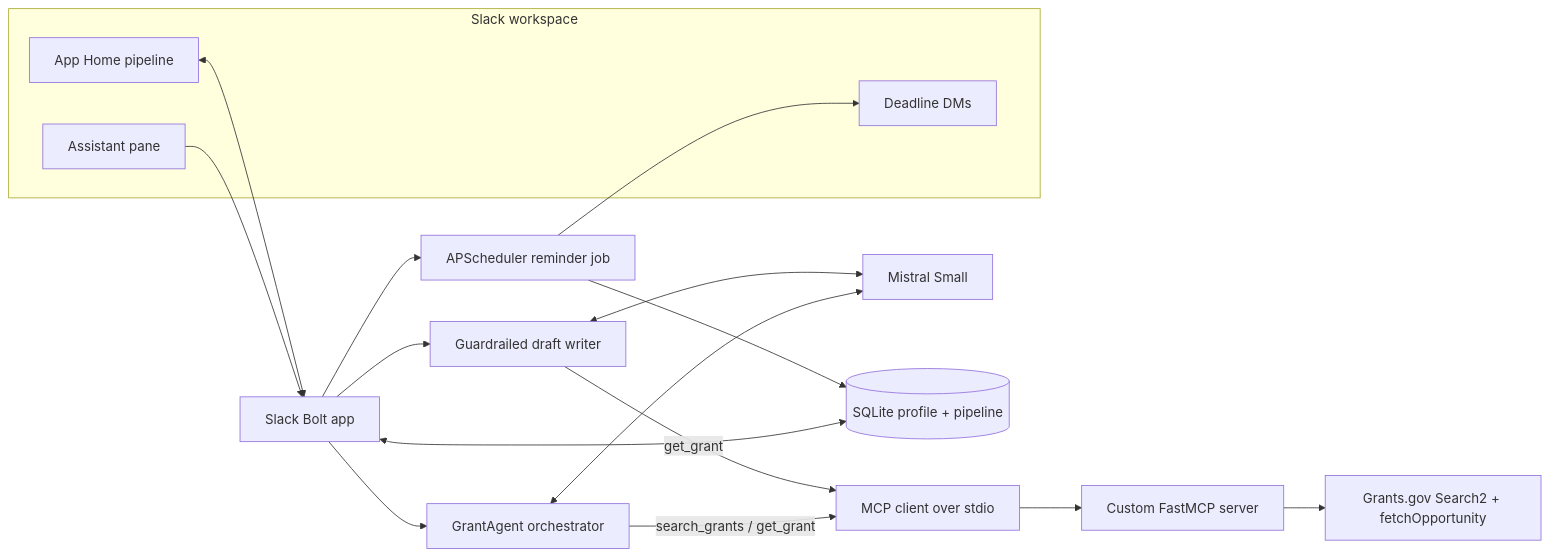
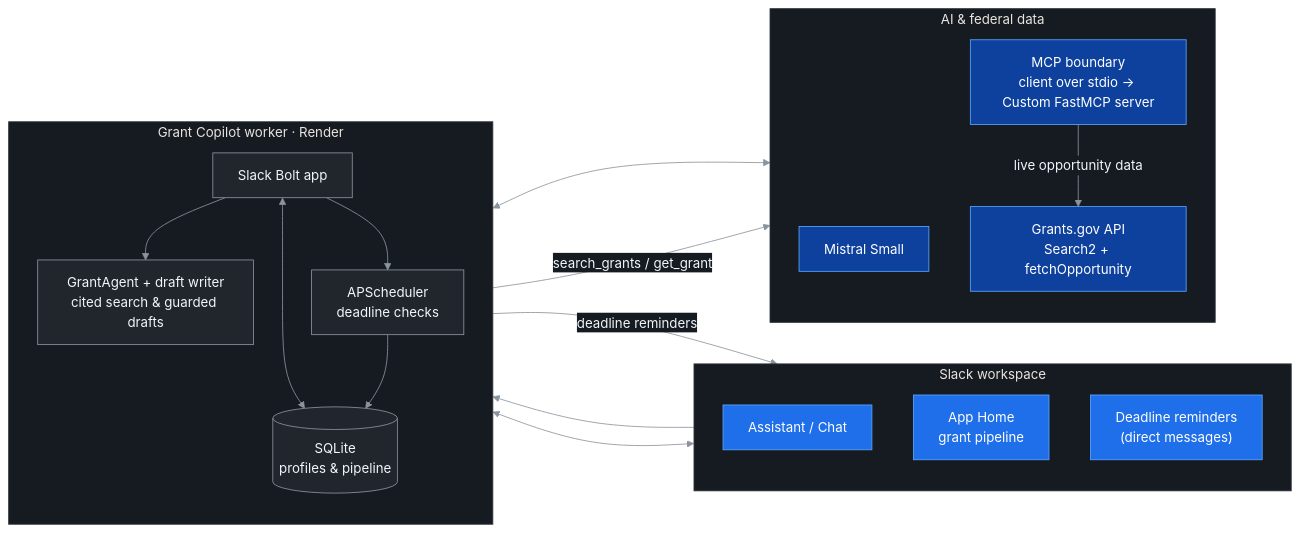
The diagram in README.md (Mounir1200/Grant-Copilot), drawn with Mermaid before and after one commit.

Commit message:
chore: refine architecture diagram

````diff
--- a/README.md
+++ b/README.md
@@ -24,34 +24,43 @@
 ```mermaid
+%%{init: {"theme": "base", "themeVariables": {"background": "#0d1117", "primaryColor": "#21262d", "primaryTextColor": "#f0f6fc", "primaryBorderColor": "#58a6ff", "lineColor": "#8b949e", "secondaryColor": "#161b22", "tertiaryColor": "#161b22", "clusterBkg": "#161b22", "clusterBorder": "#30363d", "fontFamily": "Arial"}}}%%
 flowchart LR
     subgraph Slack["Slack workspace"]
-        Assistant["Assistant pane"]
-        Home["App Home pipeline"]
-        DMs["Deadline DMs"]
+        direction TB
+        Assistant["Assistant / Chat"]
+        Home["App Home<br/>grant pipeline"]
+        DMs["Deadline reminders<br/>(direct messages)"]
     end
 
-    Bolt["Slack Bolt app"]
-    Agent["GrantAgent orchestrator"]
-    Drafter["Guardrailed draft writer"]
-    Mistral["Mistral Small"]
-    MCPClient["MCP client over stdio"]
-    MCPServer["Custom FastMCP server"]
-    GrantsGov["Grants.gov Search2 + fetchOpportunity"]
-    SQLite[("SQLite profile + pipeline")]
-    Scheduler["APScheduler reminder job"]
+    subgraph Worker["Grant Copilot worker · Render"]
+        direction TB
+        Bolt["Slack Bolt app"]
+        Workflow["GrantAgent + draft writer<br/>cited search & guarded drafts"]
+        SQLite[("SQLite<br/>profiles & pipeline")]
+        Scheduler["APScheduler<br/>deadline checks"]
+    end
+
+    subgraph Services["AI & federal data"]
+        direction TB
+        Mistral["Mistral Small"]
+        MCP["MCP boundary<br/>client over stdio → Custom FastMCP server"]
+        GrantsGov["Grants.gov API<br/>Search2 + fetchOpportunity"]
+    end
 
     Assistant --> Bolt
-    Bolt --> Agent
-    Agent <--> Mistral
-    Agent -->|"search_grants / get_grant"| MCPClient
-    Bolt --> Drafter
-    Drafter <--> Mistral
-    Drafter -->|"get_grant"| MCPClient
-    MCPClient --> MCPServer
-    MCPServer --> GrantsGov
-
     Home <--> Bolt
+    Bolt --> Workflow
+    Workflow <--> Mistral
+    Workflow -->|"search_grants / get_grant"| MCP
+    MCP -->|"live opportunity data"| GrantsGov
     Bolt <--> SQLite
     Bolt --> Scheduler
     Scheduler --> SQLite
-    Scheduler --> DMs
+    Scheduler -->|"deadline reminders"| DMs
+
+    classDef slack fill:#1f6feb,stroke:#58a6ff,color:#ffffff;
+    classDef worker fill:#21262d,stroke:#8b949e,color:#f0f6fc;
+    classDef service fill:#0d419d,stroke:#58a6ff,color:#ffffff;
+    class Assistant,Home,DMs slack;
+    class Bolt,Workflow,SQLite,Scheduler worker;
+    class Mistral,MCP,GrantsGov service;
 ```
````
